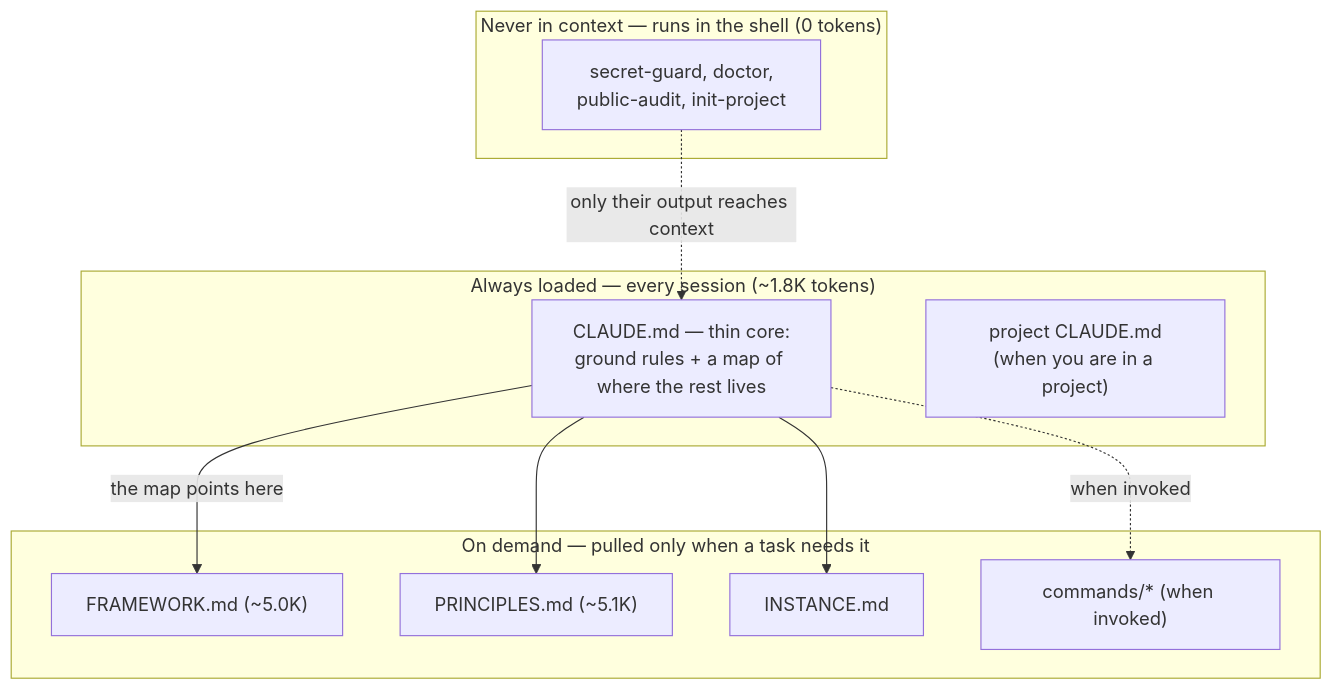
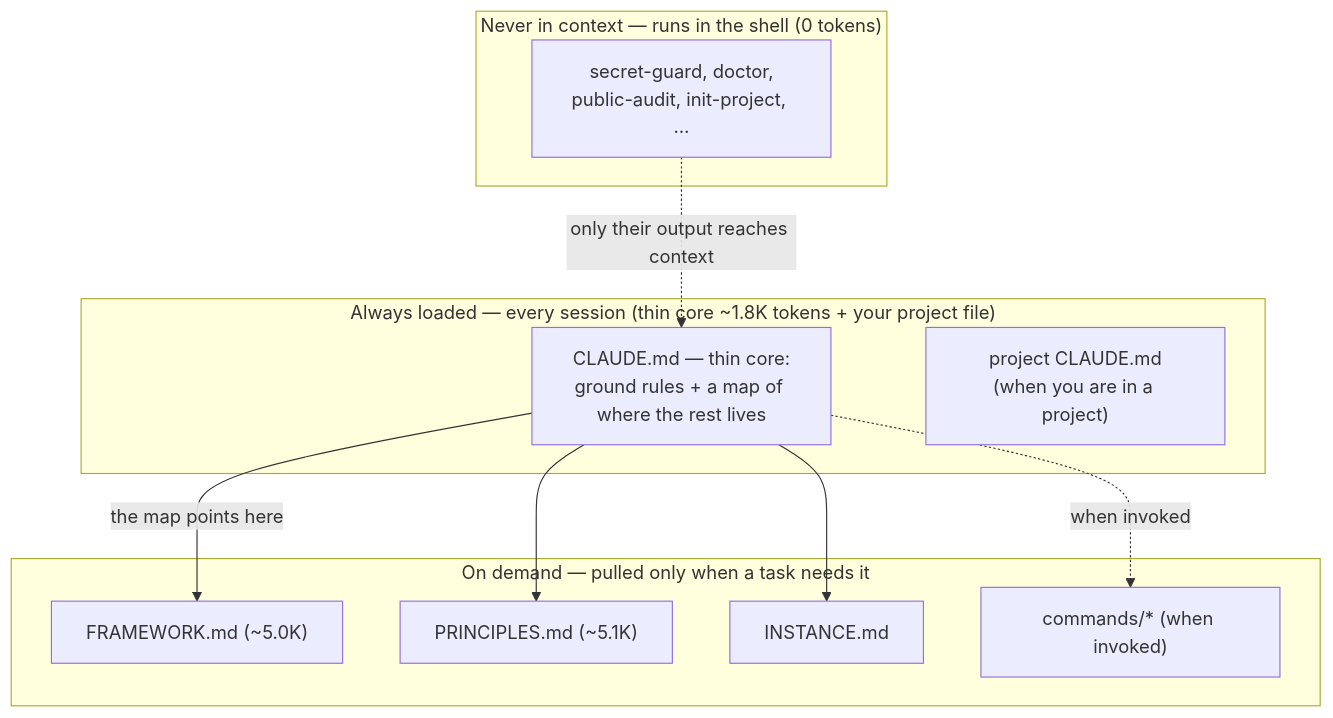
One commit to rockerlabs/keel changed the diagram in README.md. Above: the diagram before and after it, drawn with Mermaid. The commit also changed other lines of this file and 1 other file, not shown here.

First line of the commit message:
docs(readme): rank install alternatives simplest-first + sharpen diagram labels

````diff
--- a/README.md
+++ b/README.md
@@ -89,21 +98,21 @@
 ```mermaid
 flowchart TD
-    subgraph always["Always loaded — every session (~1.8K tokens)"]
+    subgraph always["Always loaded — every session (thin core ~1.8K tokens + your project file)"]
         core["CLAUDE.md — thin core:<br/>ground rules + a map of where the rest lives"]
         proj["project CLAUDE.md<br/>(when you are in a project)"]
     end
     subgraph demand["On demand — pulled only when a task needs it"]
         fw["FRAMEWORK.md (~5.0K)"]
         prin["PRINCIPLES.md (~5.1K)"]
         inst["INSTANCE.md"]
         cmd["commands/* (when invoked)"]
     end
     subgraph never["Never in context — runs in the shell (0 tokens)"]
-        tools["secret-guard, doctor,<br/>public-audit, init-project"]
+        tools["secret-guard, doctor,<br/>public-audit, init-project, …"]
     end
     core -->|the map points here| fw
     core --> prin
     core --> inst
     core -.->|when invoked| cmd
     tools -.->|only their output reaches context| core
 ```
````
